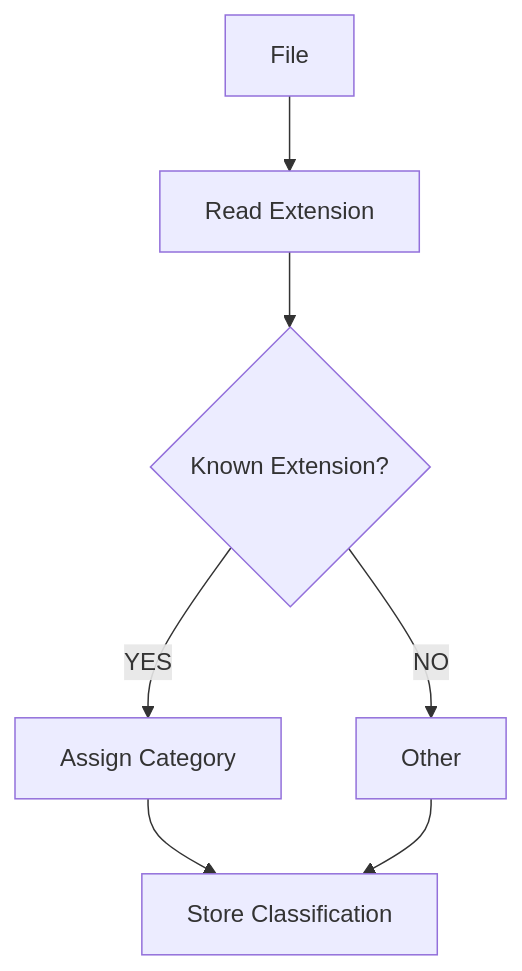
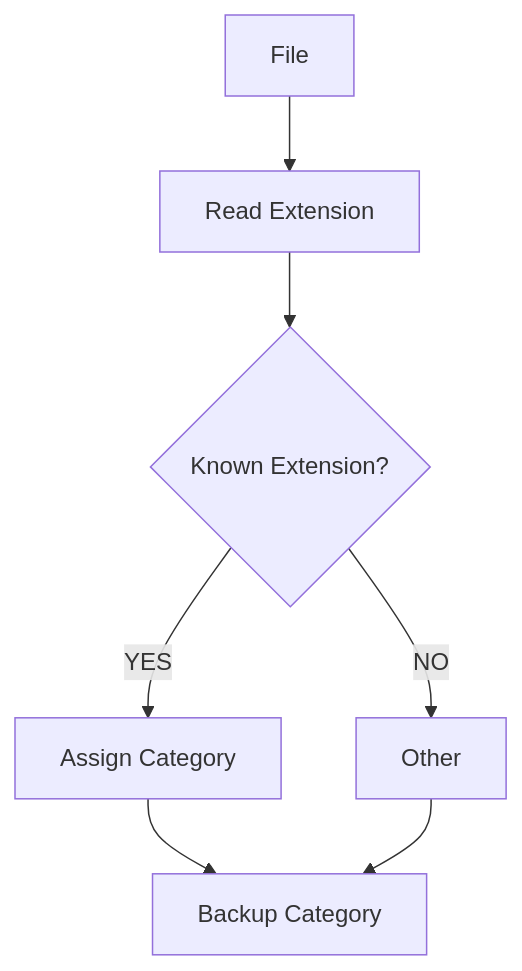
The fifth of 13 diagrams in README.md (khushi10-coder/OS-PROJECT), drawn with Mermaid before and after one commit. The commit also changed other lines of this file, not shown here.

````diff
--- a/README.md
+++ b/README.md
@@ -144,11 +208,11 @@
 ```mermaid
 flowchart TD
     A["File"] --> B["Read Extension"]
     B --> C{"Known Extension?"}
 
     C -->|YES| D["Assign Category"]
     C -->|NO| E["Other"]
 
-    D --> F["Store Classification"]
+    D --> F["Backup Category"]
     E --> F
 ```
````
